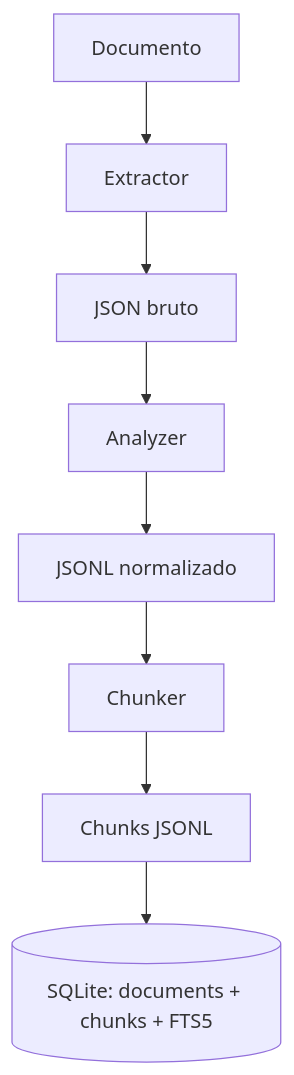
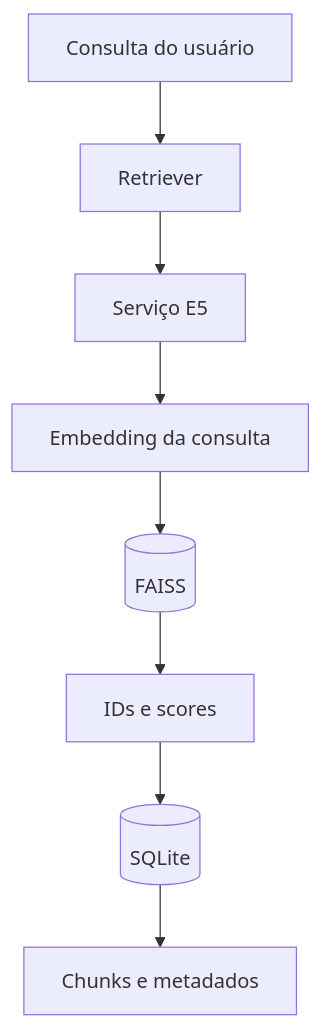
One commit to Ian-MR/DocsAssit changed the second of 2 diagrams in README.md. Above: the diagram before and after it, drawn with Mermaid. The commit also changed other lines of this file, not shown here.

````diff
--- a/README.md
+++ b/README.md
@@ -129,10 +52,10 @@
 ```mermaid
 flowchart TD
-	A[Documento] --> B[Extractor]
-	B --> C[JSON bruto]
-	C --> D[Analyzer]
-	D --> E[JSONL normalizado]
-	E --> F[Chunker]
-	F --> G[Chunks JSONL]
-	G --> H[(SQLite: documents + chunks + FTS5)]
+	A[Consulta do usuário] --> B[Retriever]
+	B --> C[Serviço E5]
+	C --> D[Embedding da consulta]
+	D --> E[(FAISS)]
+	E --> F[IDs e scores]
+	F --> G[(SQLite)]
+	G --> H[Chunks e metadados]
 ```
````
